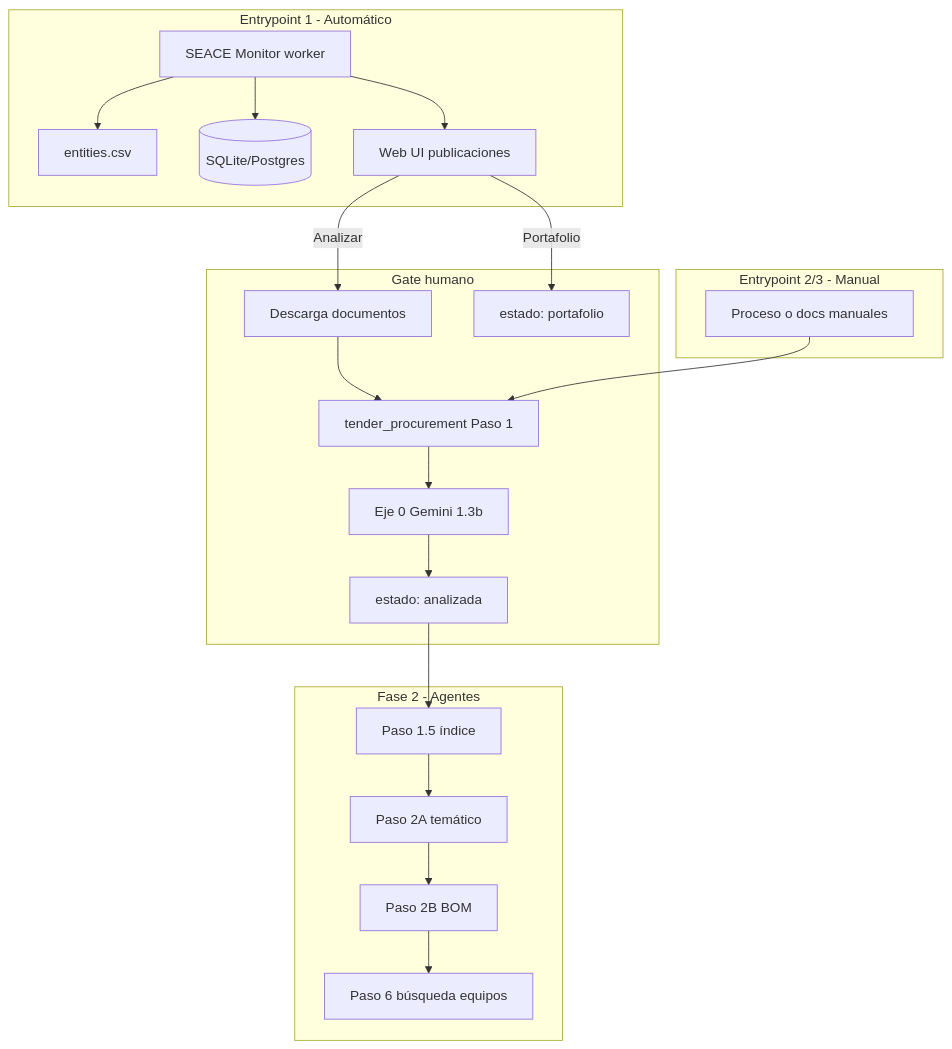
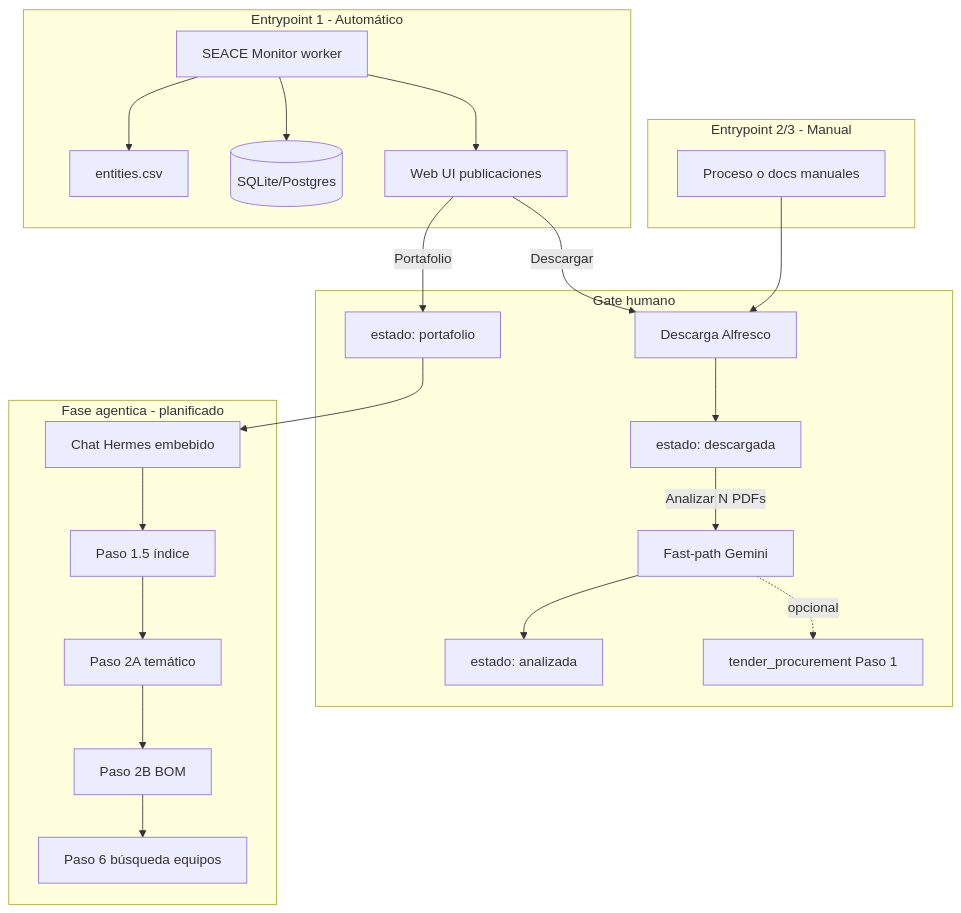
One commit to rmichelena/tender_workflows changed the diagram in docs/INTEGRATION.md. Above: the diagram before and after it, drawn with Mermaid. The commit also changed other lines of this file and 4 other files, not shown here.

First line of the commit message:
Add architecture and product roadmap documentation.

````diff
--- a/docs/INTEGRATION.md
+++ b/docs/INTEGRATION.md
@@ -7,30 +7,32 @@
 ```mermaid
 flowchart TB
   subgraph entry1 [Entrypoint 1 - Automático]
     SEACE[SEACE Monitor worker]
     CSV[entities.csv]
     SEACE --> CSV
     SEACE --> DB[(SQLite/Postgres)]
     SEACE --> UI[Web UI publicaciones]
   end
 
   subgraph gate [Gate humano]
-    UI -->|Analizar| DL[Descarga documentos]
-    DL --> TP[tender_procurement Paso 1]
-    TP --> A0[Eje 0 Gemini 1.3b]
-    A0 --> ST[estado: analizada]
+    UI -->|Descargar| DL[Descarga Alfresco]
+    DL --> DESC[estado: descargada]
+    DESC -->|Analizar N PDFs| FAST[Fast-path Gemini]
+    FAST --> ST[estado: analizada]
     UI -->|Portafolio| PF[estado: portafolio]
+    FAST -.->|opcional| TP[tender_procurement Paso 1]
   end
 
   subgraph entry2 [Entrypoint 2/3 - Manual]
     MAN[Proceso o docs manuales]
-    MAN --> TP
+    MAN --> DL
   end
 
-  subgraph later [Fase 2 - Agentes]
-    ST --> IDX[Paso 1.5 índice]
+  subgraph later [Fase agentica - planificado]
+    PF --> CHAT[Chat Hermes embebido]
+    CHAT --> IDX[Paso 1.5 índice]
     IDX --> T2A[Paso 2A temático]
     T2A --> BOM[Paso 2B BOM]
     BOM --> S6[Paso 6 búsqueda equipos]
   end
 ```
````
